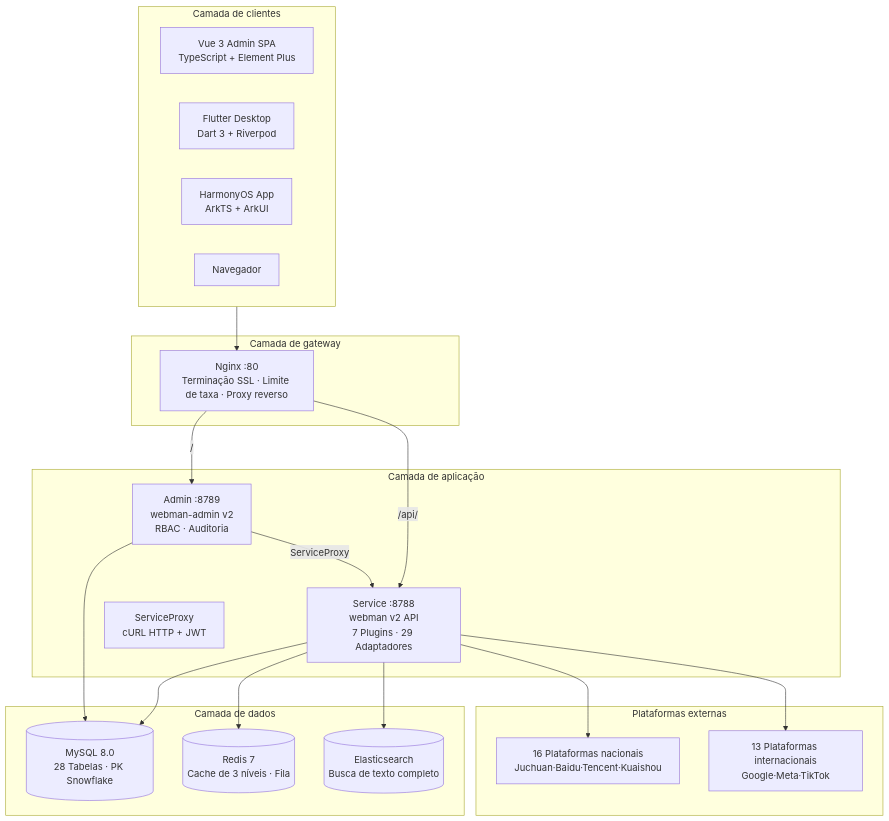
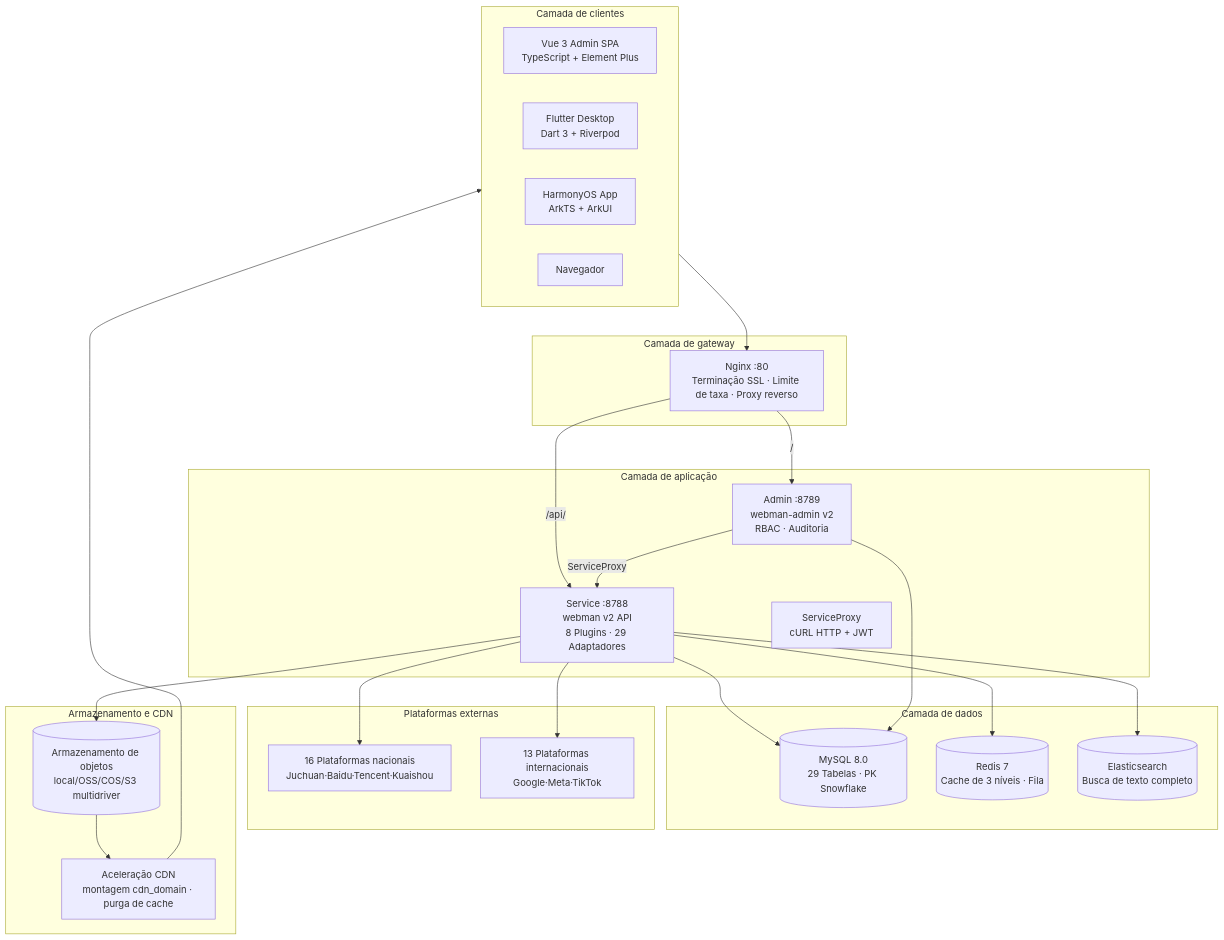
Before and after one commit to erikwang2013/ads-php: the diagram in docs/diagrams/svg/architecture.pt.mmd, drawn with Mermaid. The commit also changed 144 other files, not shown here.

First line of the commit message:
feat(storage): CDN 支持——存储抽象/多驱动/服务商管理/预签名直传/缓存刷新

```diff
--- a/docs/diagrams/svg/architecture.pt.mmd
+++ b/docs/diagrams/svg/architecture.pt.mmd
@@ -1,31 +1,38 @@
 graph TB
     subgraph Clients["Camada de clientes"]
         Vue["Vue 3 Admin SPA<br/>TypeScript + Element Plus"]
         Flutter["Flutter Desktop<br/>Dart 3 + Riverpod"]
         Harmony["HarmonyOS App<br/>ArkTS + ArkUI"]
         Browser["Navegador"]
     end
     subgraph Gateway["Camada de gateway"]
         Nginx["Nginx :80<br/>Terminação SSL · Limite de taxa · Proxy reverso"]
     end
     subgraph AppLayer["Camada de aplicação"]
         Admin["Admin :8789<br/>webman-admin v2<br/>RBAC · Auditoria"]
-        Service["Service :8788<br/>webman v2 API<br/>7 Plugins · 29 Adaptadores"]
+        Service["Service :8788<br/>webman v2 API<br/>8 Plugins · 29 Adaptadores"]
         ServiceProxy["ServiceProxy<br/>cURL HTTP + JWT"]
     end
     subgraph DataLayer["Camada de dados"]
-        MySQL[("MySQL 8.0<br/>28 Tabelas · PK Snowflake")]
+        MySQL[("MySQL 8.0<br/>29 Tabelas · PK Snowflake")]
         Redis[("Redis 7<br/>Cache de 3 níveis · Fila")]
         ES[("Elasticsearch<br/>Busca de texto completo")]
     end
     subgraph External["Plataformas externas"]
         Domestic["16 Plataformas nacionais<br/>Juchuan·Baidu·Tencent·Kuaishou"]
         International["13 Plataformas internacionais<br/>Google·Meta·TikTok"]
     end
+    subgraph StorageCDN["Armazenamento e CDN"]
+        OSS[("Armazenamento de objetos<br/>local/OSS/COS/S3 multidriver")]
+        CDN["Aceleração CDN<br/>montagem cdn_domain · purga de cache"]
+    end
+    Service --> OSS
+    OSS --> CDN
+    CDN --> Clients
     Clients --> Nginx
     Nginx -->|"/"| Admin
     Nginx -->|"/api/"| Service
     Admin -->|ServiceProxy| Service
     Service --> MySQL & Redis & ES
     Service --> Domestic & International
     Admin --> MySQL
```
